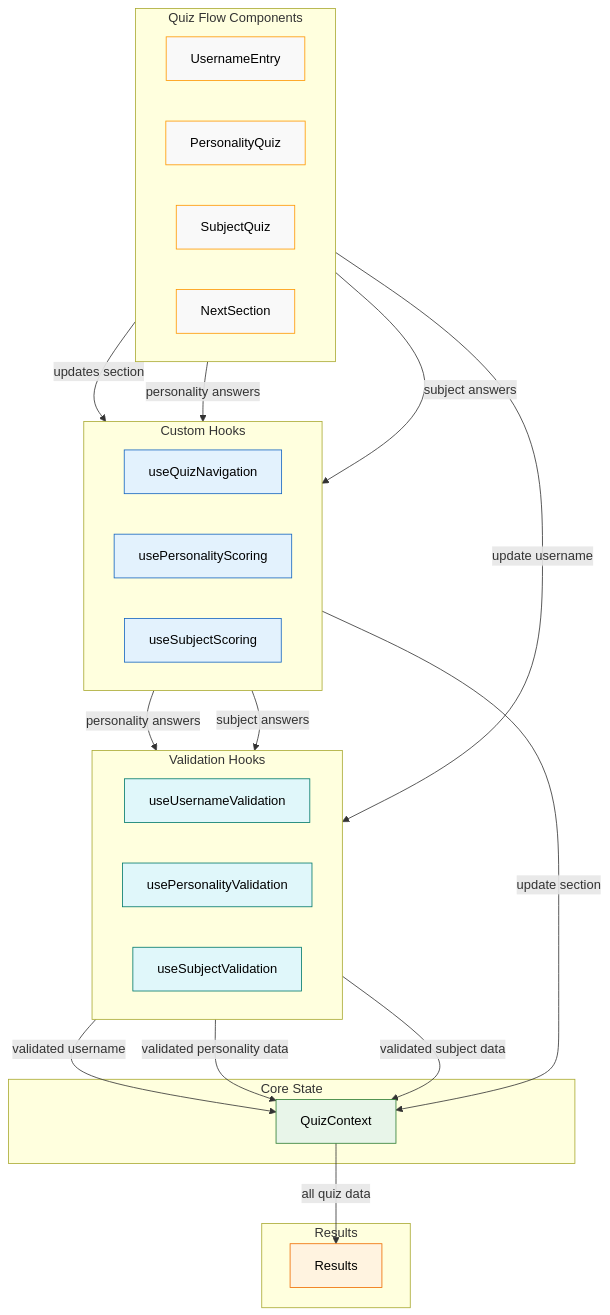
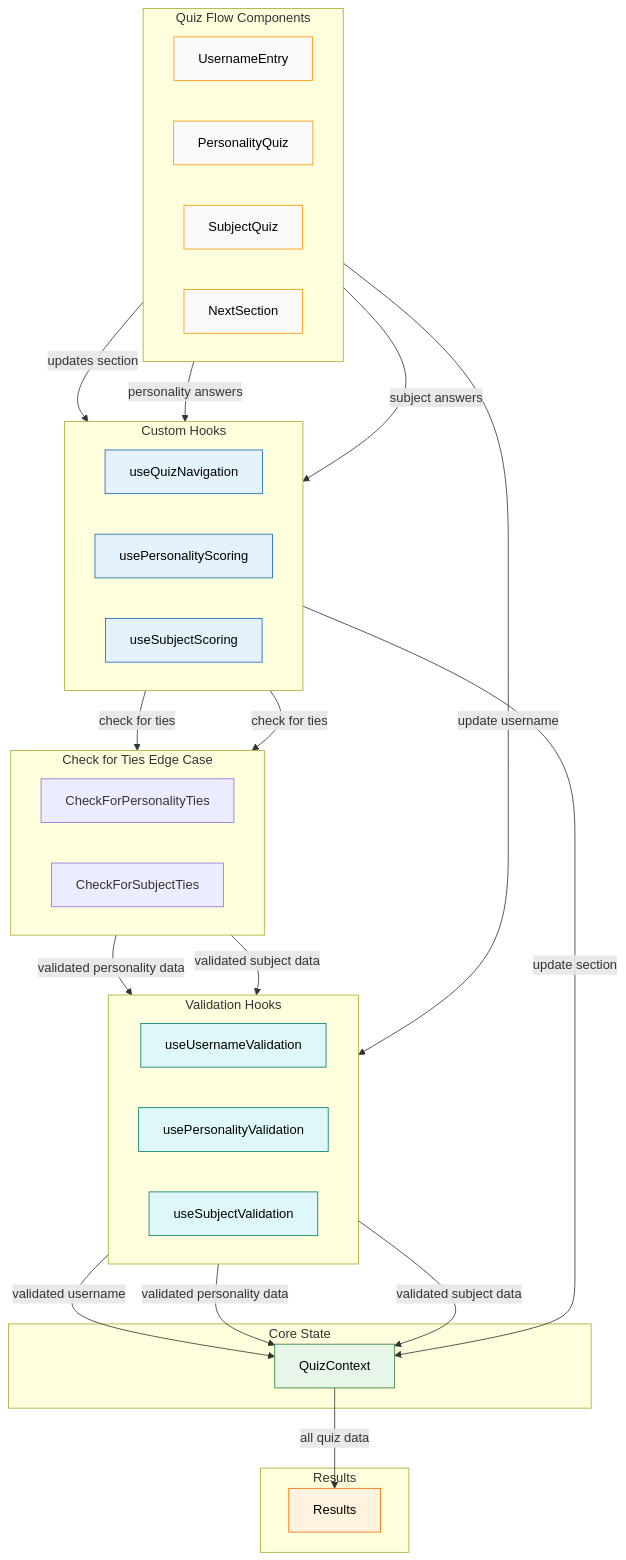
The fourth of 6 diagrams in docs/readme_react.md (lmcrean/steam-report-mern), drawn with Mermaid before and after one commit. The commit also changed other lines of this file, not shown here.

Commit message:
Update Data Flow Architecture and CheckforTies Diagrams for cleaner flow

````diff
--- a/docs/readme_react.md
+++ b/docs/readme_react.md
@@ -137,65 +139,74 @@
 ```mermaid
 graph TD
     subgraph QuizFlowComponents ["Quiz Flow Components"]
         direction LR
         U[UsernameEntry]
         P[PersonalityQuiz]
         S[SubjectQuiz]
         NS[NextSection]
     end
 
     subgraph CustomHooks ["Custom Hooks"]
         direction LR
         N[useQuizNavigation]
         PS[usePersonalityScoring]
         SS[useSubjectScoring]
+    end
+
+    subgraph CheckForTies ["Check for Ties Edge Case"]
+        direction LR
+        PST[CheckForPersonalityTies]
+        SST[CheckForSubjectTies]
     end
 
     subgraph ValidationHooks ["Validation Hooks"]
         direction LR
         NU[useUsernameValidation]
         PV[usePersonalityValidation]
         SV[useSubjectValidation]
     end
 
     subgraph CoreState ["Core State"]
         QC[QuizContext]
     end
 
     subgraph ResultsComponent ["Results"]
         R[Results]
     end
 
     %% Data flow connections
     NS -->|"updates section"| N
     P -->|"personality answers"| PS
+    PS -->|"check for ties"| PST
+    PST -->|"validated personality data"| PV
     S -->|"subject answers"| SS
+    SS -->|"check for ties"| SST
+    SST -->|"validated subject data"| SV
 
     %% Custom hooks to validation hooks
     U -->|"update username"| NU
-    PS -->|"personality answers"| PV
-    SS -->|"subject answers"| SV
 
     %% Validation hooks update context
     NU -->|"validated username"| QC
     PV -->|"validated personality data"| QC
     SV -->|"validated subject data"| QC
 
     %% useQuizNavigation updates section
     N -->|"update section"| QC
 
     %% Context provides state back to Results
     QC -->|"all quiz data"| R
 
     classDef flow fill:#f9f9f9,stroke:#ff9800,color:#000
     classDef hooks fill:#e3f2fd,stroke:#1565c0,color:#000
     classDef core fill:#e8f5e9,stroke:#2e7d32,color:#000
     classDef results fill:#fff3e0,stroke:#ef6c00,color:#000
     classDef validation fill:#e0f7fa,stroke:#00796b,color:#000
 
     class U,P,S,NS flow
     class N,PS,SS hooks
+    class PST,SST ties
     class NU,PV,SV validation
     class QC core
     class R results
 ```
````
